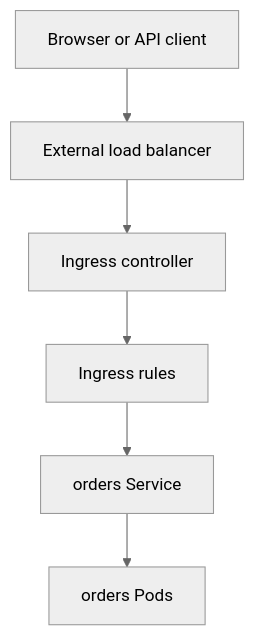
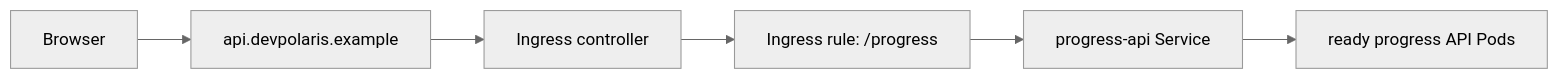
Before and after one commit to senlinyy/dev-roadmaps: the diagram in containers-orchestration/kubernetes/networking/ingress.md, drawn with Mermaid (neutral theme). The commit also changed other lines of this file and 260 other files, not shown here.

````diff
--- a/containers-orchestration/kubernetes/networking/ingress.md
+++ b/containers-orchestration/kubernetes/networking/ingress.md
@@ -33,8 +34,8 @@
 ```mermaid
-flowchart TD
-    A[Browser or API client] --> B[External load balancer]
-    B --> C[Ingress controller]
-    C --> D[Ingress rules]
-    D --> E[orders Service]
-    E --> F[orders Pods]
+flowchart LR
+    Browser[Browser] --> DNS[api.devpolaris.example]
+    DNS --> Edge[Ingress controller]
+    Edge --> Rule[Ingress rule: /progress]
+    Rule --> Service[progress-api Service]
+    Service --> Pods[ready progress API Pods]
 ```
````
